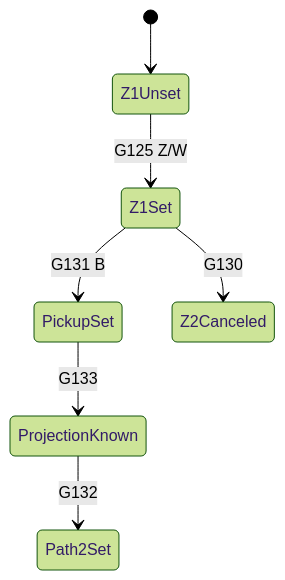
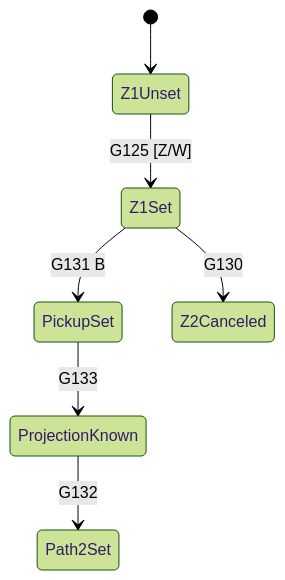
One commit to d-creations/nccode7plot changed the second of 2 diagrams in docs/STAR_GCODE_IMPLEMENTATION_PLAN.md. Above: the diagram before and after it, drawn with Mermaid (forest theme). The commit also changed other lines of this file and 8 other files, not shown here.

````diff
--- a/docs/STAR_GCODE_IMPLEMENTATION_PLAN.md
+++ b/docs/STAR_GCODE_IMPLEMENTATION_PLAN.md
@@ -254,9 +254,9 @@
 ```mermaid
 stateDiagram-v2
    [*] --> Z1Unset
-   Z1Unset --> Z1Set: G125 Z/W
+   Z1Unset --> Z1Set: G125 [Z/W]
    Z1Set --> PickupSet: G131 B
    PickupSet --> ProjectionKnown: G133
    ProjectionKnown --> Path2Set: G132
    Z1Set --> Z2Canceled: G130
 ```
````
